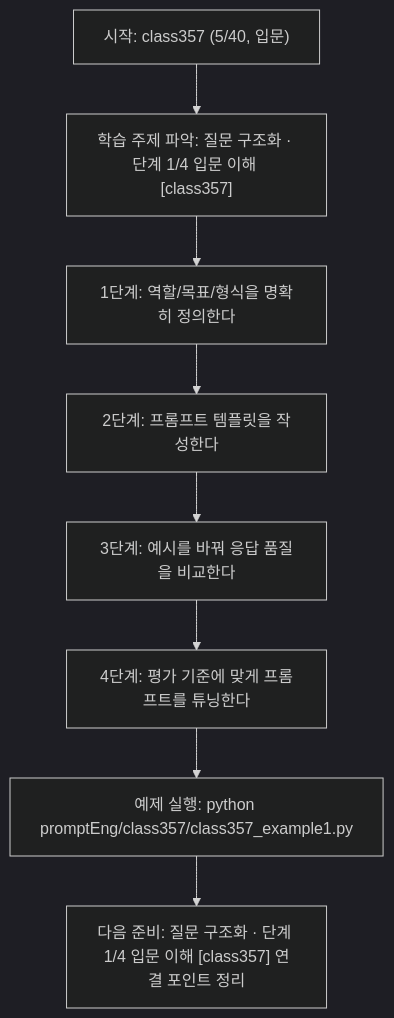
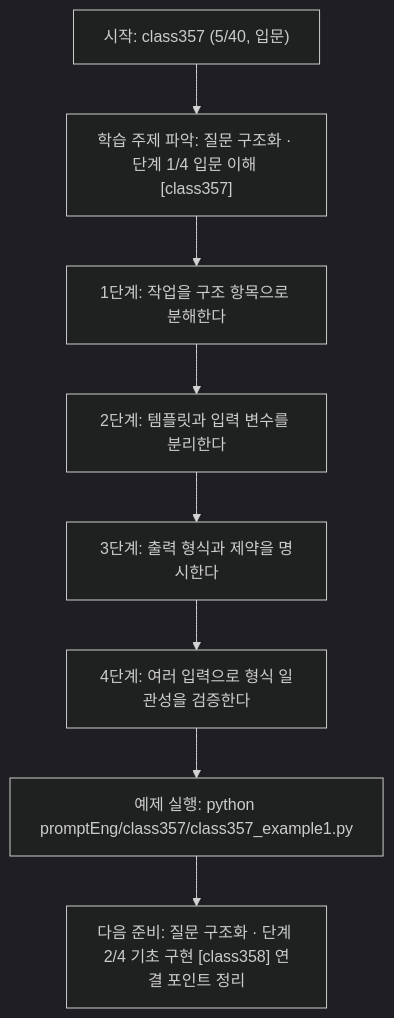
One commit to edumgt/Python-AI_Agent-Class changed the diagram in promptEng/class357/class357.md. Above: the diagram before and after it, drawn with Mermaid (dark theme). The commit also changed other lines of this file and 283 other files, not shown here.

````diff
--- a/promptEng/class357/class357.md
+++ b/promptEng/class357/class357.md
@@ -109,18 +91,18 @@
 ```mermaid
 flowchart TD
 N1["시작: class357 (5/40, 입문)"]
 N2["학습 주제 파악: 질문 구조화 · 단계 1/4 입문 이해 [class357]"]
-N3["1단계: 역할/목표/형식을 명확히 정의한다"]
-N4["2단계: 프롬프트 템플릿을 작성한다"]
-N5["3단계: 예시를 바꿔 응답 품질을 비교한다"]
-N6["4단계: 평가 기준에 맞게 프롬프트를 튜닝한다"]
+N3["1단계: 작업을 구조 항목으로 분해한다"]
+N4["2단계: 템플릿과 입력 변수를 분리한다"]
+N5["3단계: 출력 형식과 제약을 명시한다"]
+N6["4단계: 여러 입력으로 형식 일관성을 검증한다"]
 N7["예제 실행: python promptEng/class357/class357_example1.py"]
-N8["다음 준비: 질문 구조화 · 단계 1/4 입문 이해 [class357] 연결 포인트 정리"]
+N8["다음 준비: 질문 구조화 · 단계 2/4 기초 구현 [class358] 연결 포인트 정리"]
 N1 --> N2
 N2 --> N3
 N3 --> N4
 N4 --> N5
 N5 --> N6
 N6 --> N7
 N7 --> N8
 ```
````
